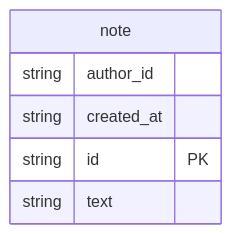
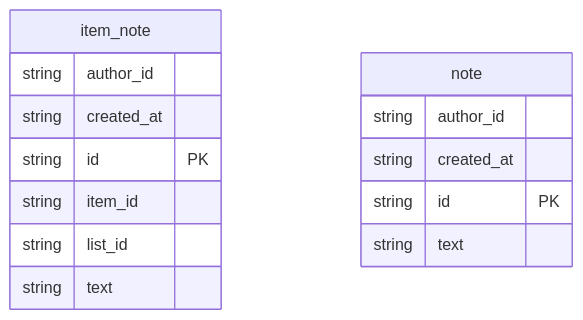
Before and after one commit to substrat-run/substrat: the diagram in demos/notes/spec/concept.md, drawn with Mermaid. The commit also changed other lines of this file and 28 other files, not shown here.

````diff
--- a/demos/notes/spec/concept.md
+++ b/demos/notes/spec/concept.md
@@ -65,9 +65,17 @@
 ```mermaid
 erDiagram
-    e1["note"] {
+    e1["item_note"] {
+        string author_id
+        string created_at
+        string id PK
+        string item_id
+        string list_id
+        string text
+    }
+    e2["note"] {
         string author_id
         string created_at
         string id PK
         string text
     }
 ```
````
